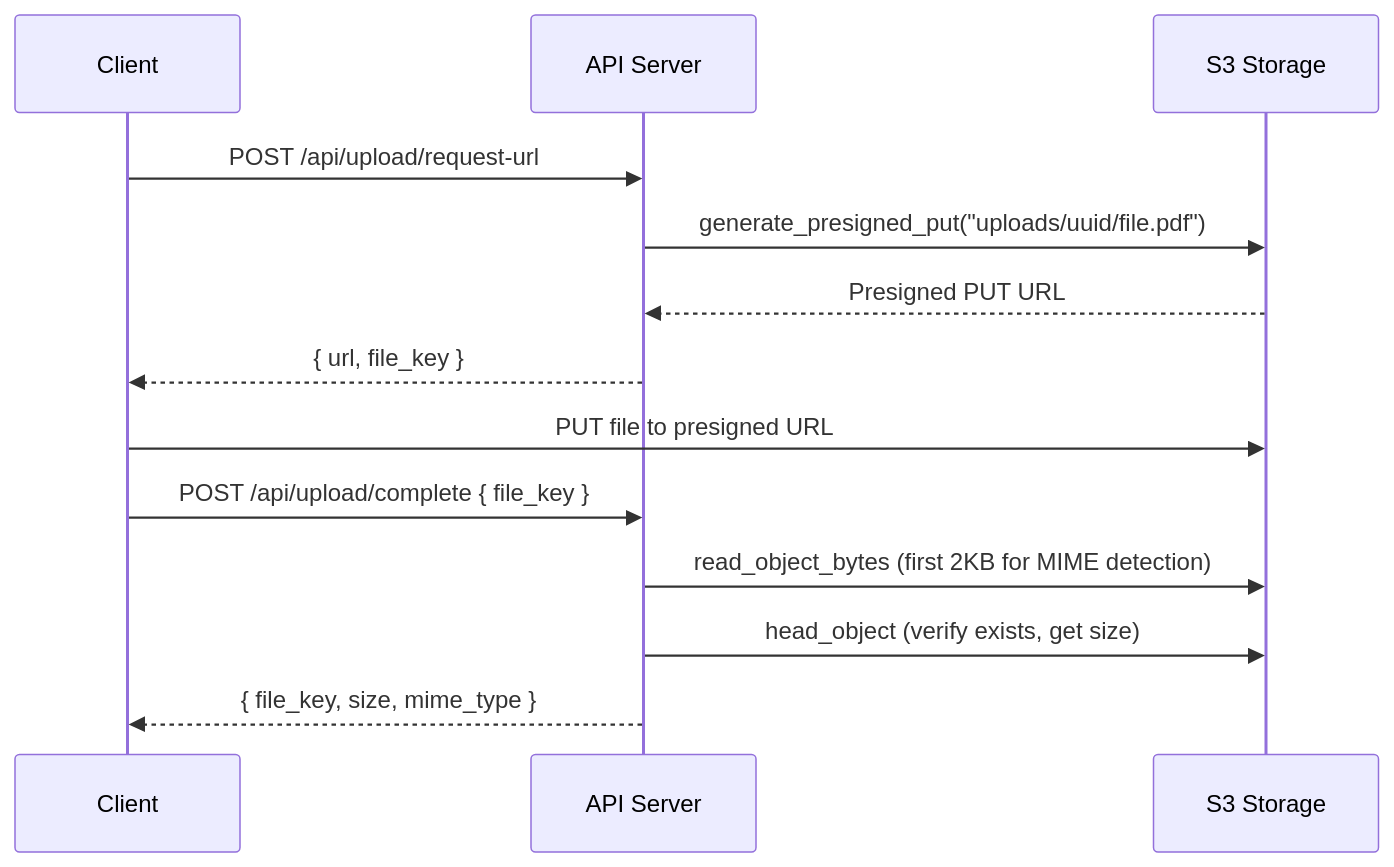
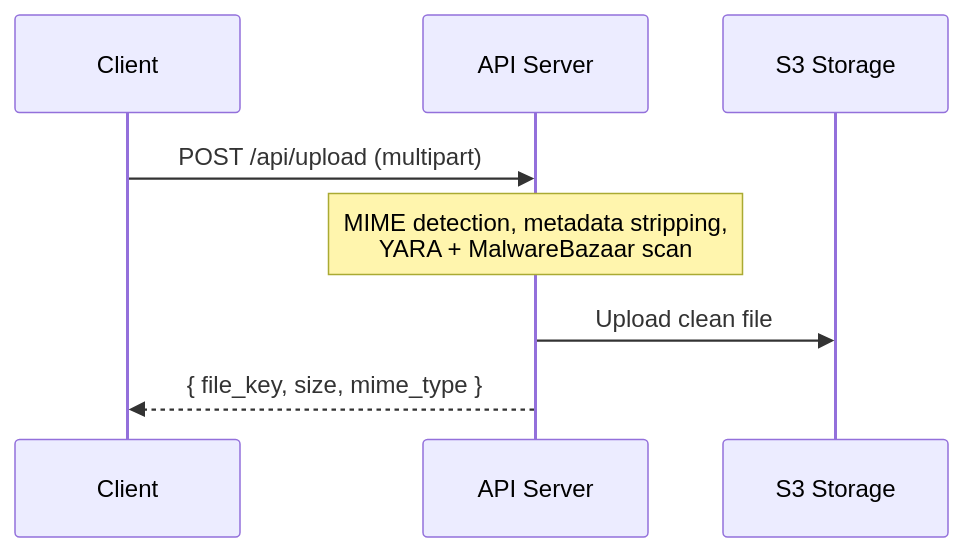
One commit to Theo-Darvoux/WikINT changed the diagram in docs/infrastructure/storage.md. Above: the diagram before and after it, drawn with Mermaid. The commit also changed other lines of this file and 48 other files, not shown here.

````diff
--- a/docs/infrastructure/storage.md
+++ b/docs/infrastructure/storage.md
@@ -95,17 +95,11 @@
 ```mermaid
 sequenceDiagram
     participant C as Client
     participant API as API Server
     participant S3 as S3 Storage
 
-    C->>API: POST /api/upload/request-url
-    API->>S3: generate_presigned_put("uploads/uuid/file.pdf")
-    S3-->>API: Presigned PUT URL
-    API-->>C: { url, file_key }
-
-    C->>S3: PUT file to presigned URL
-    C->>API: POST /api/upload/complete { file_key }
-    API->>S3: read_object_bytes (first 2KB for MIME detection)
-    API->>S3: head_object (verify exists, get size)
+    C->>API: POST /api/upload (multipart)
+    Note over API: MIME detection, metadata stripping,<br/>YARA + MalwareBazaar scan
+    API->>S3: Upload clean file
     API-->>C: { file_key, size, mime_type }
 ```
````
